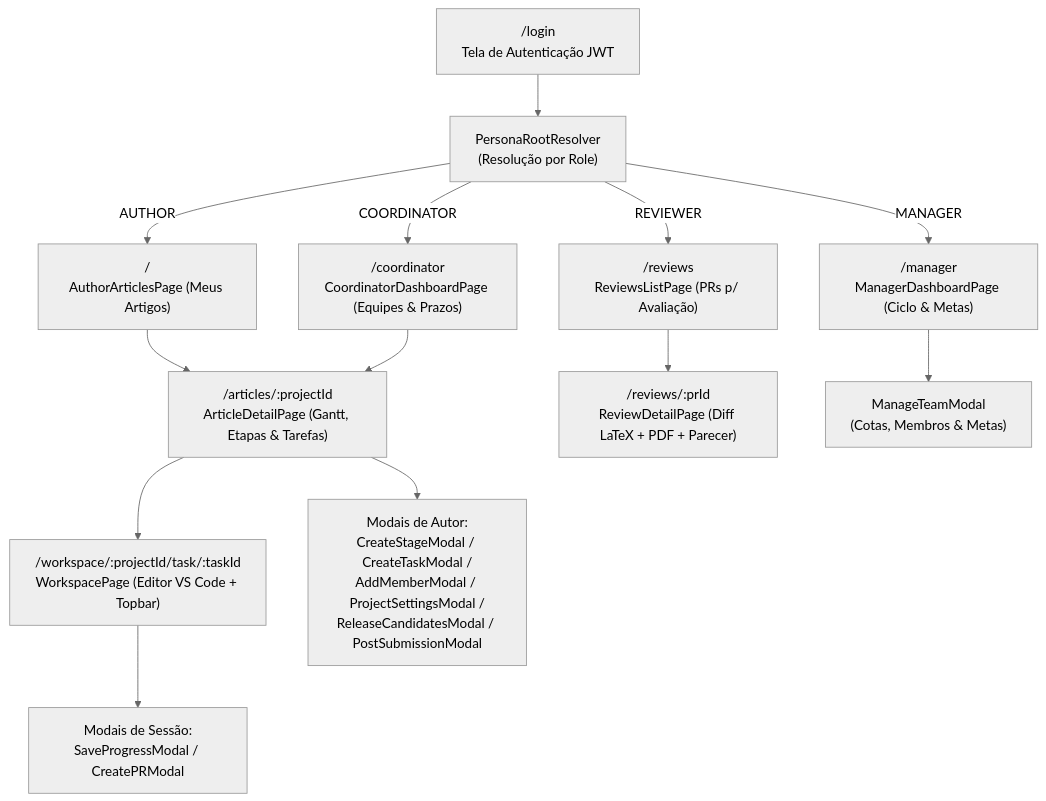
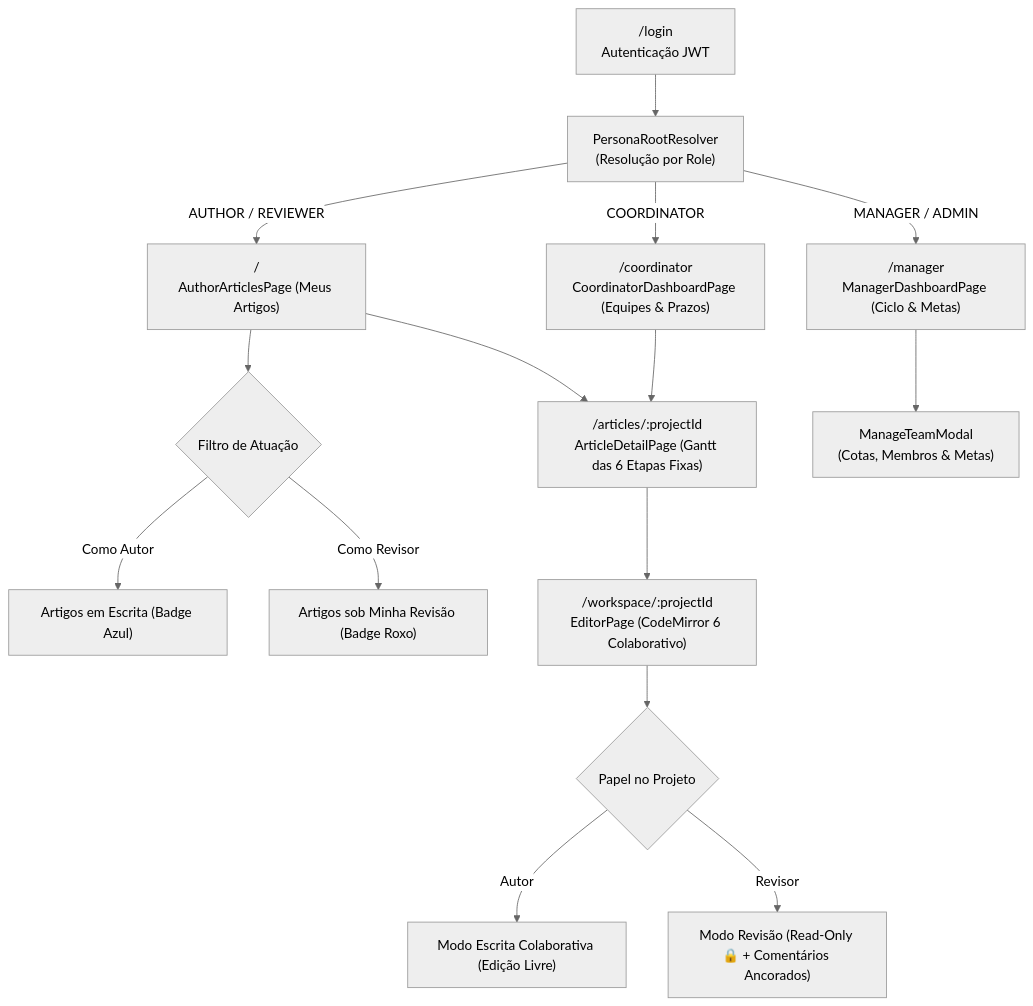
Before and after one commit to Digital-Analytics-Apps/sci-latex-vscode-ai: the first of 11 diagrams in docs/planning/APP_FLOWS.md, drawn with Mermaid (neutral theme). The commit also changed other lines of this file and 42 other files, not shown here.

````diff
--- a/docs/planning/APP_FLOWS.md
+++ b/docs/planning/APP_FLOWS.md
@@ -38,20 +42,22 @@
 ```mermaid
 graph TD
-    Login["/login<br/>Tela de Autenticação JWT"] --> Resolver["PersonaRootResolver<br/>(Resolução por Role)"]
+    Login["/login<br/>Autenticação JWT"] --> Resolver["PersonaRootResolver<br/>(Resolução por Role)"]
     
-    Resolver -->|AUTHOR| AuthorHome["/<br/>AuthorArticlesPage (Meus Artigos)"]
-    Resolver -->|REVIEWER| ReviewerHome["/reviews<br/>ReviewsListPage (PRs p/ Avaliação)"]
+    Resolver -->|AUTHOR / REVIEWER| ArticlesHome["/<br/>AuthorArticlesPage (Meus Artigos)"]
     Resolver -->|COORDINATOR| CoordHome["/coordinator<br/>CoordinatorDashboardPage (Equipes & Prazos)"]
-    Resolver -->|MANAGER| ManagerHome["/manager<br/>ManagerDashboardPage (Ciclo & Metas)"]
+    Resolver -->|MANAGER / ADMIN| ManagerHome["/manager<br/>ManagerDashboardPage (Ciclo & Metas)"]
 
-    AuthorHome --> ArticleDetail["/articles/:projectId<br/>ArticleDetailPage (Gantt, Etapas & Tarefas)"]
-    ArticleDetail --> Workspace["/workspace/:projectId/task/:taskId<br/>WorkspacePage (Editor VS Code + Topbar)"]
+    ArticlesHome --> FilterArticles{"Filtro de Atuação"}
+    FilterArticles -->|Como Autor| AuthorRole["Artigos em Escrita (Badge Azul)"]
+    FilterArticles -->|Como Revisor| ReviewerRole["Artigos sob Minha Revisão (Badge Roxo)"]
 
-    ReviewerHome --> ReviewDetail["/reviews/:prId<br/>ReviewDetailPage (Diff LaTeX + PDF + Parecer)"]
-    
+    ArticlesHome --> ArticleDetail["/articles/:projectId<br/>ArticleDetailPage (Gantt das 6 Etapas Fixas)"]
+    ArticleDetail --> Workspace["/workspace/:projectId<br/>EditorPage (CodeMirror 6 Colaborativo)"]
+
+    Workspace --> ModeCheck{"Papel no Projeto"}
+    ModeCheck -->|Autor| EditMode["Modo Escrita Colaborativa (Edição Livre)"]
+    ModeCheck -->|Revisor| ReviewMode["Modo Revisão (Read-Only 🔒 + Comentários Ancorados)"]
+
     CoordHome --> ArticleDetail
     ManagerHome --> ManageTeamModal["ManageTeamModal<br/>(Cotas, Membros & Metas)"]
-
-    ArticleDetail --> ModalsAuthor["Modais de Autor:<br/>CreateStageModal / CreateTaskModal /<br/>AddMemberModal / ProjectSettingsModal /<br/>ReleaseCandidatesModal / PostSubmissionModal"]
-    Workspace --> ModalsWorkspace["Modais de Sessão:<br/>SaveProgressModal / CreatePRModal"]
 ```
````
